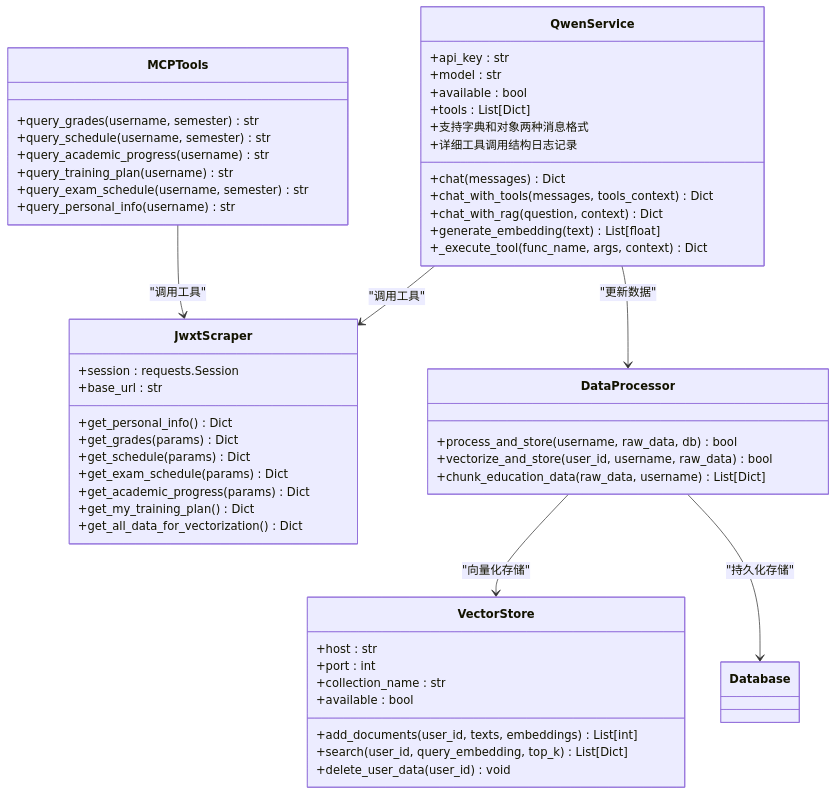
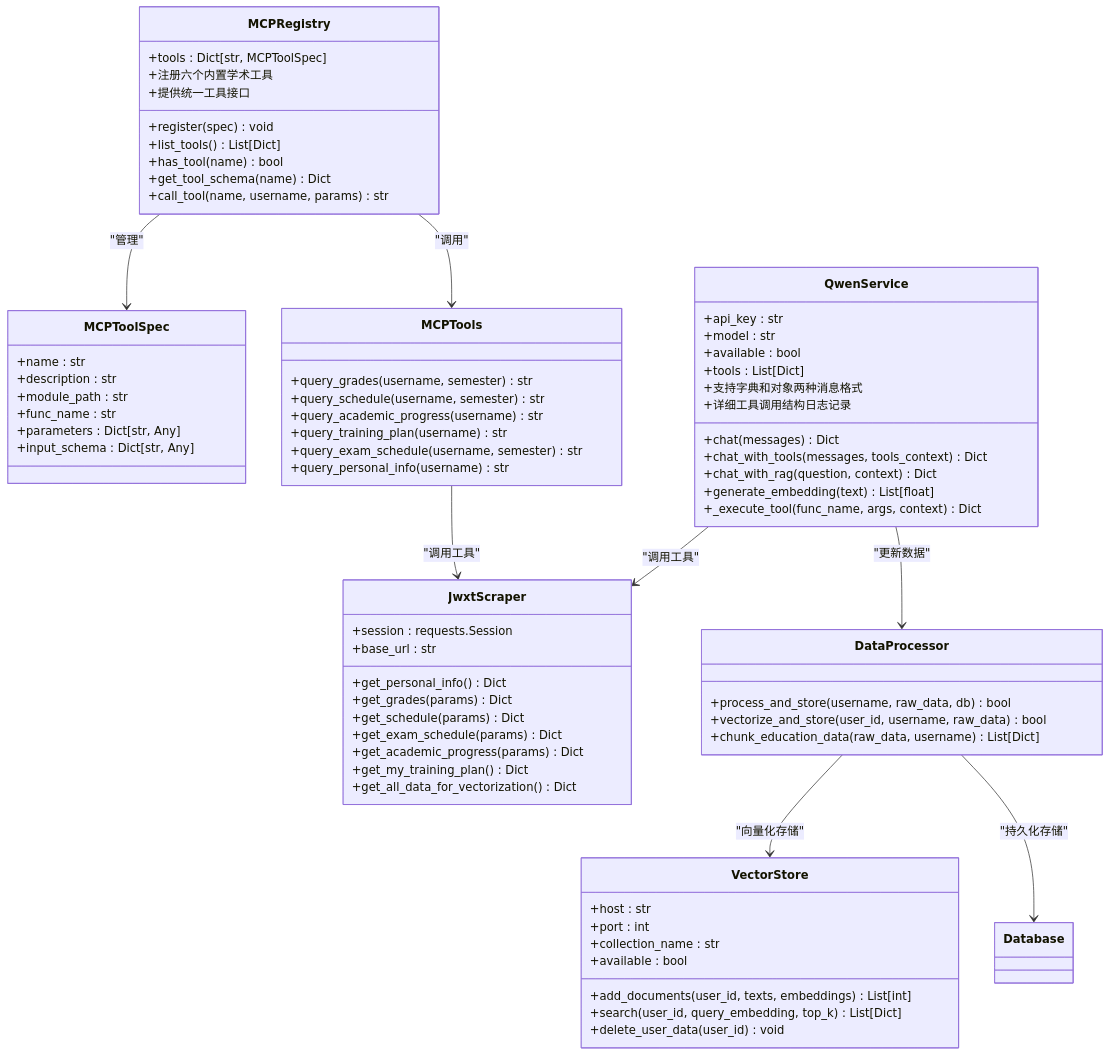
One commit to ghbbn053-ship-itsoulddog/soulddog changed the second of 14 diagrams in .qoder/repowiki/zh/content/AI智能问答系统/AI工具调用功能.md. Above: the diagram before and after it, drawn with Mermaid. The commit also changed other lines of this file and 119 other files, not shown here.

````diff
--- a/.qoder/repowiki/zh/content/AI智能问答系统/AI工具调用功能.md
+++ b/.qoder/repowiki/zh/content/AI智能问答系统/AI工具调用功能.md
@@ -118,54 +134,74 @@
 ```mermaid
 classDiagram
+class MCPRegistry {
++tools : Dict[str, MCPToolSpec]
++register(spec) void
++list_tools() List[Dict]
++has_tool(name) bool
++get_tool_schema(name) Dict
++call_tool(name, username, params) str
++注册六个内置学术工具
++提供统一工具接口
+}
+class MCPToolSpec {
++name : str
++description : str
++module_path : str
++func_name : str
++parameters : Dict[str, Any]
++input_schema : Dict[str, Any]
+}
 class QwenService {
 +api_key : str
 +model : str
 +available : bool
 +tools : List[Dict]
 +chat(messages) Dict
 +chat_with_tools(messages, tools_context) Dict
 +chat_with_rag(question, context) Dict
 +generate_embedding(text) List[float]
 +_execute_tool(func_name, args, context) Dict
 +支持字典和对象两种消息格式
 +详细工具调用结构日志记录
+}
+class MCPTools {
++query_grades(username, semester) str
++query_schedule(username, semester) str
++query_academic_progress(username) str
++query_training_plan(username) str
++query_exam_schedule(username, semester) str
++query_personal_info(username) str
 }
 class JwxtScraper {
 +session : requests.Session
 +base_url : str
 +get_personal_info() Dict
 +get_grades(params) Dict
 +get_schedule(params) Dict
 +get_exam_schedule(params) Dict
 +get_academic_progress(params) Dict
 +get_my_training_plan() Dict
 +get_all_data_for_vectorization() Dict
 }
 class DataProcessor {
 +process_and_store(username, raw_data, db) bool
 +vectorize_and_store(user_id, username, raw_data) bool
 +chunk_education_data(raw_data, username) List[Dict]
 }
 class VectorStore {
 +host : str
 +port : int
 +collection_name : str
 +available : bool
 +add_documents(user_id, texts, embeddings) List[int]
 +search(user_id, query_embedding, top_k) List[Dict]
 +delete_user_data(user_id) void
 }
-class MCPTools {
-+query_grades(username, semester) str
-+query_schedule(username, semester) str
-+query_academic_progress(username) str
-+query_training_plan(username) str
-+query_exam_schedule(username, semester) str
-+query_personal_info(username) str
-}
+MCPRegistry --> MCPToolSpec : "管理"
+MCPRegistry --> MCPTools : "调用"
 QwenService --> JwxtScraper : "调用工具"
 QwenService --> DataProcessor : "更新数据"
 MCPTools --> JwxtScraper : "调用工具"
 DataProcessor --> VectorStore : "向量化存储"
 DataProcessor --> Database : "持久化存储"
 ```
````
